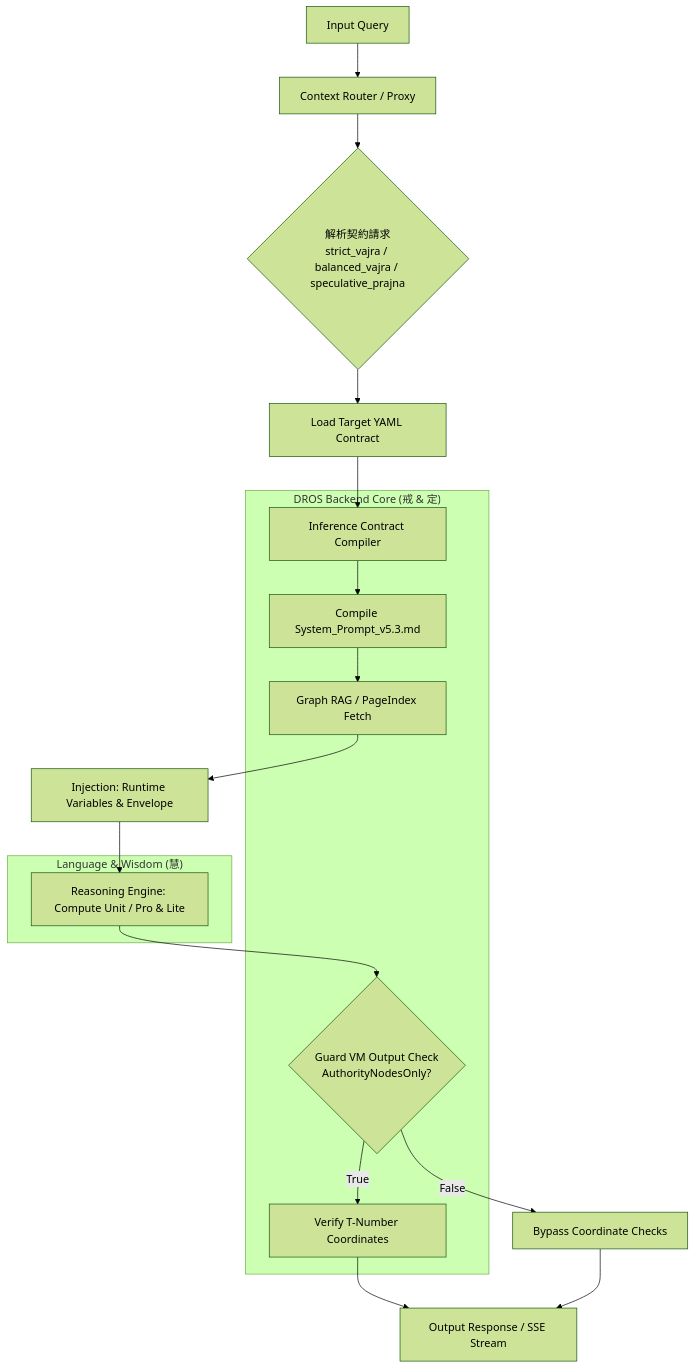
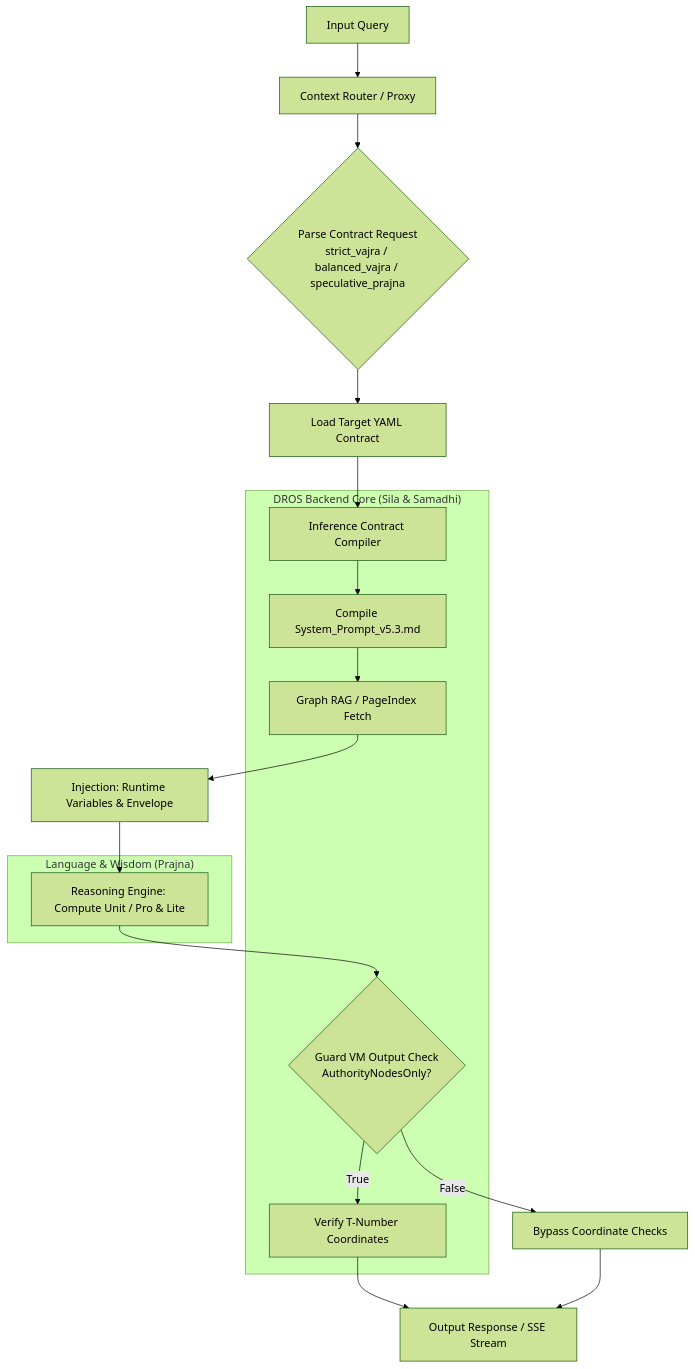
The first of 3 diagrams in docs/ARCHITECTURE_v7.md (Top-Celestial-Company-Ltd/Dharma-Reasoning-Operating-System), drawn with Mermaid (forest theme) before and after one commit. The commit also changed other lines of this file and 702 other files, not shown here.

````diff
--- a/docs/ARCHITECTURE_v7.md
+++ b/docs/ARCHITECTURE_v7.md
@@ -31,28 +33,28 @@
 ```mermaid
 graph TD
     A[Input Query] --> B[Context Router / Proxy]
-    B --> C{解析契約請求<br/>strict_vajra / balanced_vajra / speculative_prajna}
+    B --> C{Parse Contract Request<br/>strict_vajra / balanced_vajra / speculative_prajna}
     C --> D[Load Target YAML Contract]
     D --> E[Inference Contract Compiler]
     E --> F[Compile System_Prompt_v5.3.md]
     F --> G[Graph RAG / PageIndex Fetch]
     G --> H[Injection: Runtime Variables & Envelope]
     H --> I[Reasoning Engine: Compute Unit / Pro & Lite]
     I --> J{Guard VM Output Check<br/>AuthorityNodesOnly?}
     J -- True --> K[Verify T-Number Coordinates]
     J -- False --> L[Bypass Coordinate Checks]
     K --> M[Output Response / SSE Stream]
     L --> M
     
-    subgraph "DROS Backend Core (戒 & 定)"
+    subgraph "DROS Backend Core (Sila & Samadhi)"
     E
     F
     G
     J
     K
     end
     
-    subgraph "Language & Wisdom (慧)"
+    subgraph "Language & Wisdom (Prajna)"
     I
     end
 ```
````
